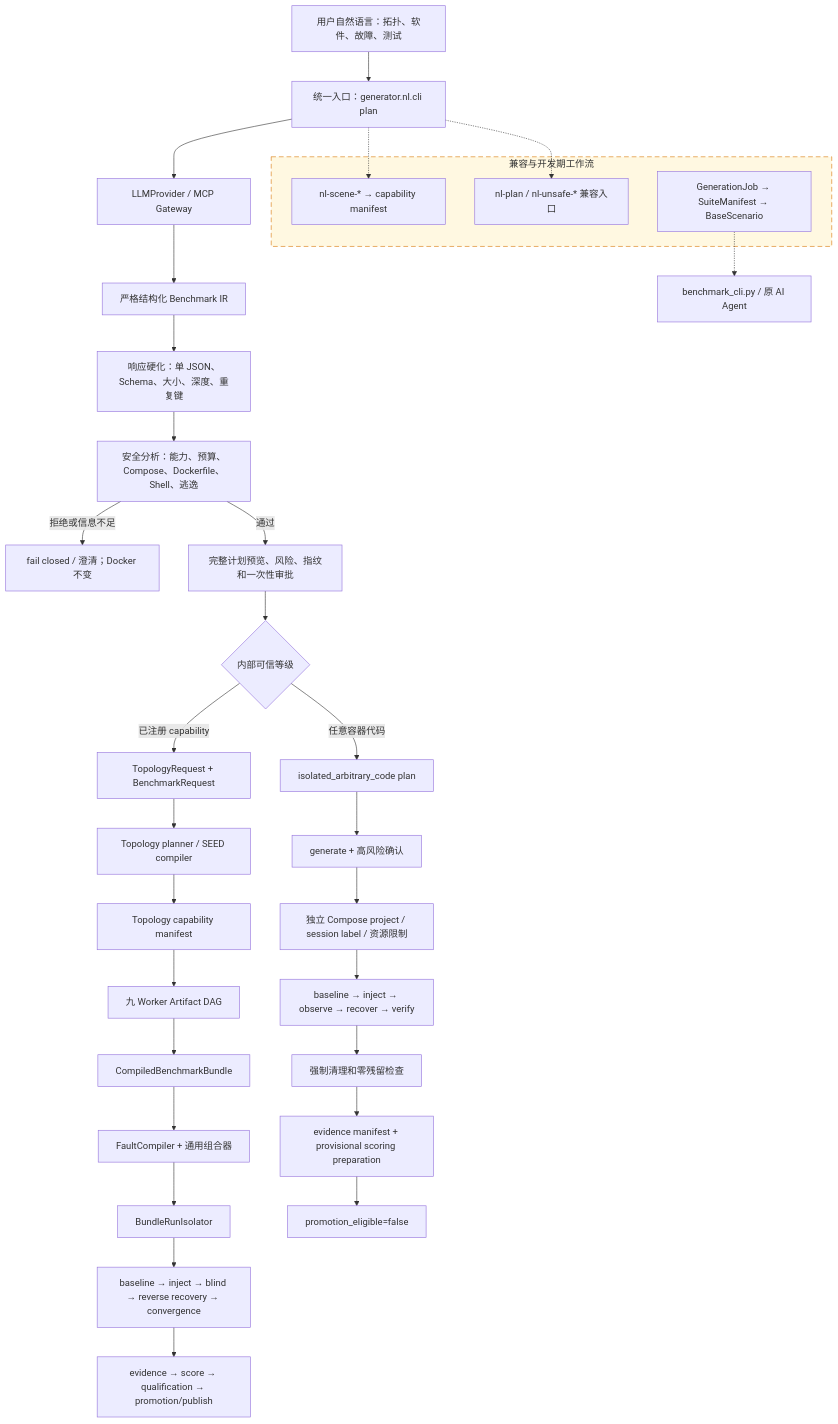
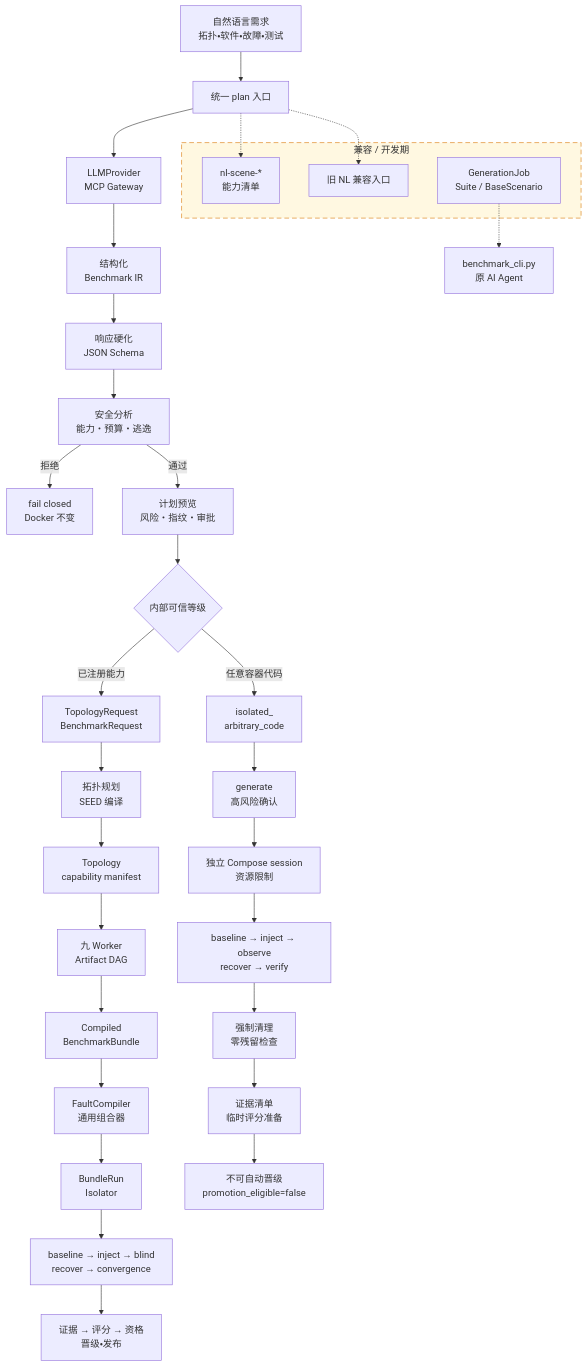
One commit to seed-labs/seed-emulator changed the first of 2 diagrams in benchmarks/generator/README.md. Above: the diagram before and after it, drawn with Mermaid. The commit also changed other lines of this file and 3 other files, not shown here.

Commit message:
docs(generator): wrap mermaid labels for readability

````diff
--- a/benchmarks/generator/README.md
+++ b/benchmarks/generator/README.md
@@ -30,39 +30,39 @@
 ```mermaid
 flowchart TB
-    U["用户自然语言：拓扑、软件、故障、测试"] --> PLAN["统一入口：generator.nl.cli plan"]
-    PLAN --> PROVIDER["LLMProvider / MCP Gateway"]
-    PROVIDER --> IR["严格结构化 Benchmark IR"]
-    IR --> HARD["响应硬化：单 JSON、Schema、大小、深度、重复键"]
-    HARD --> POLICY["安全分析：能力、预算、Compose、Dockerfile、Shell、逃逸"]
-    POLICY -->|"拒绝或信息不足"| STOP["fail closed / 澄清；Docker 不变"]
-    POLICY -->|"通过"| PREVIEW["完整计划预览、风险、指纹和一次性审批"]
+    U["自然语言需求<br/>拓扑・软件・故障・测试"] --> PLAN["统一 plan 入口"]
+    PLAN --> PROVIDER["LLMProvider<br/>MCP Gateway"]
+    PROVIDER --> IR["结构化<br/>Benchmark IR"]
+    IR --> HARD["响应硬化<br/>JSON Schema"]
+    HARD --> POLICY["安全分析<br/>能力・预算・逃逸"]
+    POLICY -->|"拒绝"| STOP["fail closed<br/>Docker 不变"]
+    POLICY -->|"通过"| PREVIEW["计划预览<br/>风险・指纹・审批"]
 
     PREVIEW --> CLASS{"内部可信等级"}
-    CLASS -->|"已注册 capability"| CONTROLLED["TopologyRequest + BenchmarkRequest"]
-    CONTROLLED --> TOPO["Topology planner / SEED compiler"]
-    TOPO --> MANIFEST["Topology capability manifest"]
-    MANIFEST --> WORKERS["九 Worker Artifact DAG"]
-    WORKERS --> BUNDLE["CompiledBenchmarkBundle"]
-    BUNDLE --> FCOMP["FaultCompiler + 通用组合器"]
-    FCOMP --> BISO["BundleRunIsolator"]
-    BISO --> BLIFE["baseline → inject → blind → reverse recovery → convergence"]
-    BLIFE --> QUAL["evidence → score → qualification → promotion/publish"]
+    CLASS -->|"已注册能力"| CONTROLLED["TopologyRequest<br/>BenchmarkRequest"]
+    CONTROLLED --> TOPO["拓扑规划<br/>SEED 编译"]
+    TOPO --> MANIFEST["Topology<br/>capability manifest"]
+    MANIFEST --> WORKERS["九 Worker<br/>Artifact DAG"]
+    WORKERS --> BUNDLE["Compiled<br/>BenchmarkBundle"]
+    BUNDLE --> FCOMP["FaultCompiler<br/>通用组合器"]
+    FCOMP --> BISO["BundleRun<br/>Isolator"]
+    BISO --> BLIFE["baseline → inject → blind<br/>recover → convergence"]
+    BLIFE --> QUAL["证据 → 评分 → 资格<br/>晋级・发布"]
 
-    CLASS -->|"任意容器代码"| ARBITRARY["isolated_arbitrary_code plan"]
-    ARBITRARY --> APPROVE["generate + 高风险确认"]
-    APPROVE --> AISO["独立 Compose project / session label / 资源限制"]
-    AISO --> ALIFE["baseline → inject → observe → recover → verify"]
-    ALIFE --> CLEAN["强制清理和零残留检查"]
-    CLEAN --> SCORE["evidence manifest + provisional scoring preparation"]
-    SCORE --> NOPROMO["promotion_eligible=false"]
+    CLASS -->|"任意容器代码"| ARBITRARY["isolated_<br/>arbitrary_code"]
+    ARBITRARY --> APPROVE["generate<br/>高风险确认"]
+    APPROVE --> AISO["独立 Compose session<br/>资源限制"]
+    AISO --> ALIFE["baseline → inject → observe<br/>recover → verify"]
+    ALIFE --> CLEAN["强制清理<br/>零残留检查"]
+    CLEAN --> SCORE["证据清单<br/>临时评分准备"]
+    SCORE --> NOPROMO["不可自动晋级<br/>promotion_eligible=false"]
 
-    subgraph COMPAT["兼容与开发期工作流"]
-        SCENE["nl-scene-* → capability manifest"]
-        OLD["nl-plan / nl-unsafe-* 兼容入口"]
-        GJ["GenerationJob → SuiteManifest → BaseScenario"]
+    subgraph COMPAT["兼容 / 开发期"]
+        SCENE["nl-scene-*<br/>能力清单"]
+        OLD["旧 NL 兼容入口"]
+        GJ["GenerationJob<br/>Suite / BaseScenario"]
     end
     PLAN -.-> SCENE
     PLAN -.-> OLD
-    GJ -.-> LEGACY["benchmark_cli.py / 原 AI Agent"]
+    GJ -.-> LEGACY["benchmark_cli.py<br/>原 AI Agent"]
     style COMPAT stroke-dasharray:8 5,fill:#fff8e1,stroke:#d97706
 ```
````
